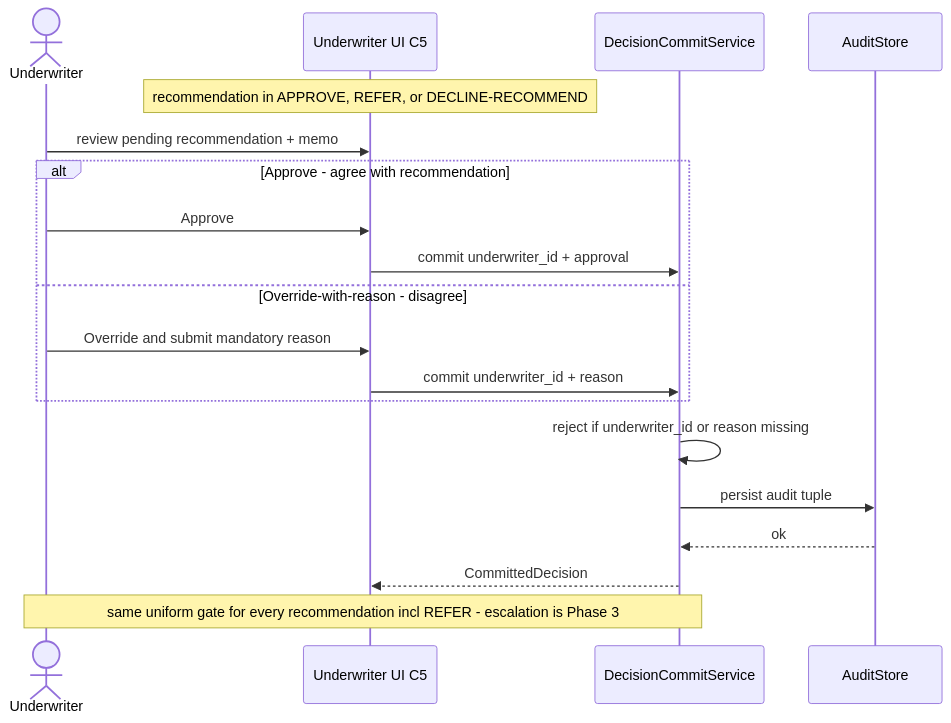
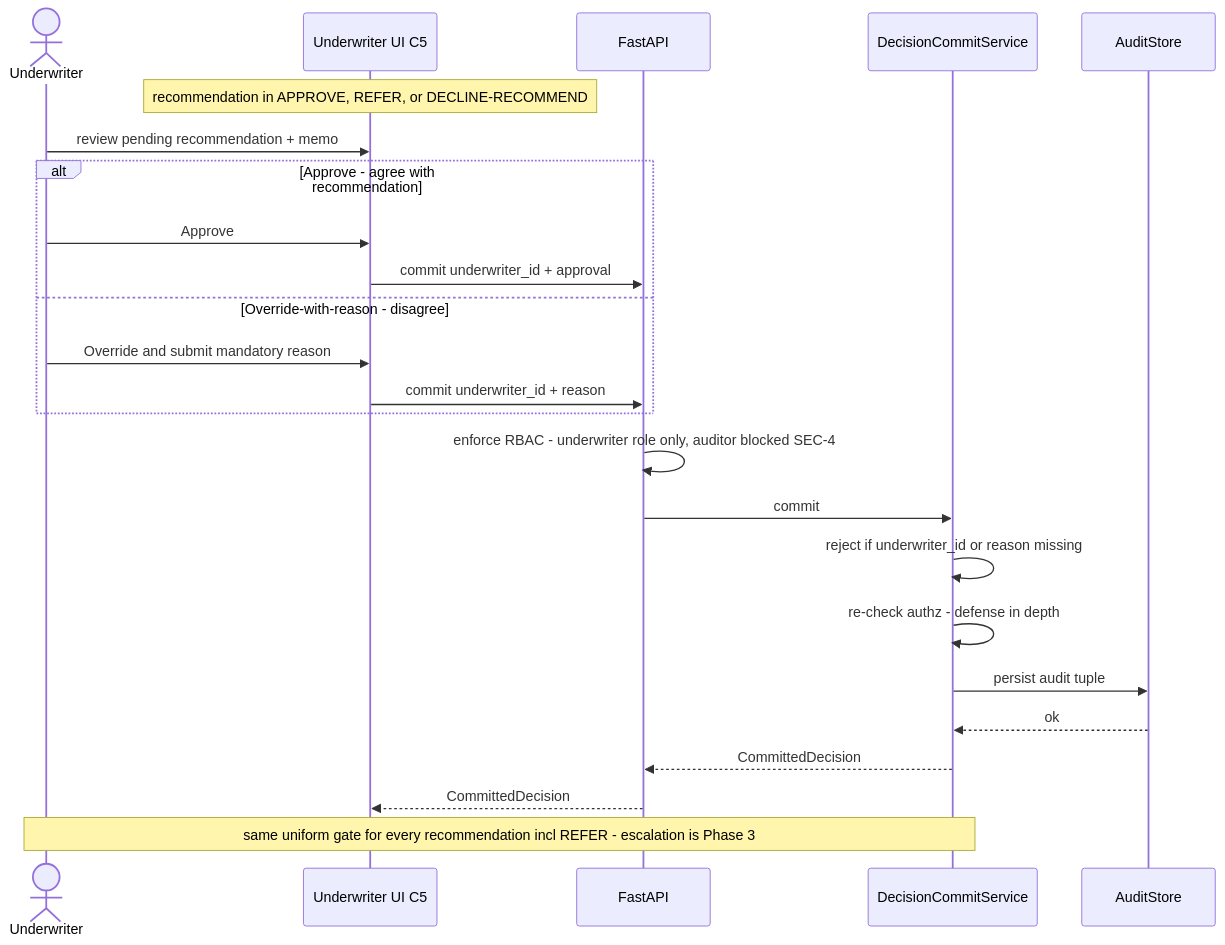
One commit to Nidzz07/Agentic-Underwriting-Assistant changed the third of 4 diagrams in guide-docs/discover/application-design/services.md. Above: the diagram before and after it, drawn with Mermaid. The commit also changed other lines of this file and 8 other files, not shown here.

Commit message:
Application Design: reviewer-feedback batch — engine_version 6-tuple + Phase-3 deferral seams, deterministic confidence, missing-info output, MCP-supplementary guard, authz enforcement, replay match/mismatch branch, unhappy-paths sequence, FastAPI orchestrator node, C1->C3 disambiguation

````diff
--- a/guide-docs/discover/application-design/services.md
+++ b/guide-docs/discover/application-design/services.md
@@ -145,22 +167,27 @@
 ```mermaid
 sequenceDiagram
     actor UW as Underwriter
     participant UI as Underwriter UI C5
+    participant API as FastAPI
     participant DCS as DecisionCommitService
     participant AUD as AuditStore
 
     Note over UI: recommendation in APPROVE, REFER, or DECLINE-RECOMMEND
     UW->>UI: review pending recommendation + memo
     alt Approve - agree with recommendation
         UW->>UI: Approve
-        UI->>DCS: commit underwriter_id + approval
+        UI->>API: commit underwriter_id + approval
     else Override-with-reason - disagree
         UW->>UI: Override and submit mandatory reason
-        UI->>DCS: commit underwriter_id + reason
+        UI->>API: commit underwriter_id + reason
     end
+    API->>API: enforce RBAC - underwriter role only, auditor blocked SEC-4
+    API->>DCS: commit
     DCS->>DCS: reject if underwriter_id or reason missing
+    DCS->>DCS: re-check authz - defense in depth
     DCS->>AUD: persist audit tuple
     AUD-->>DCS: ok
-    DCS-->>UI: CommittedDecision
+    DCS-->>API: CommittedDecision
+    API-->>UI: CommittedDecision
     Note over UW,DCS: same uniform gate for every recommendation incl REFER - escalation is Phase 3
 ```
````
